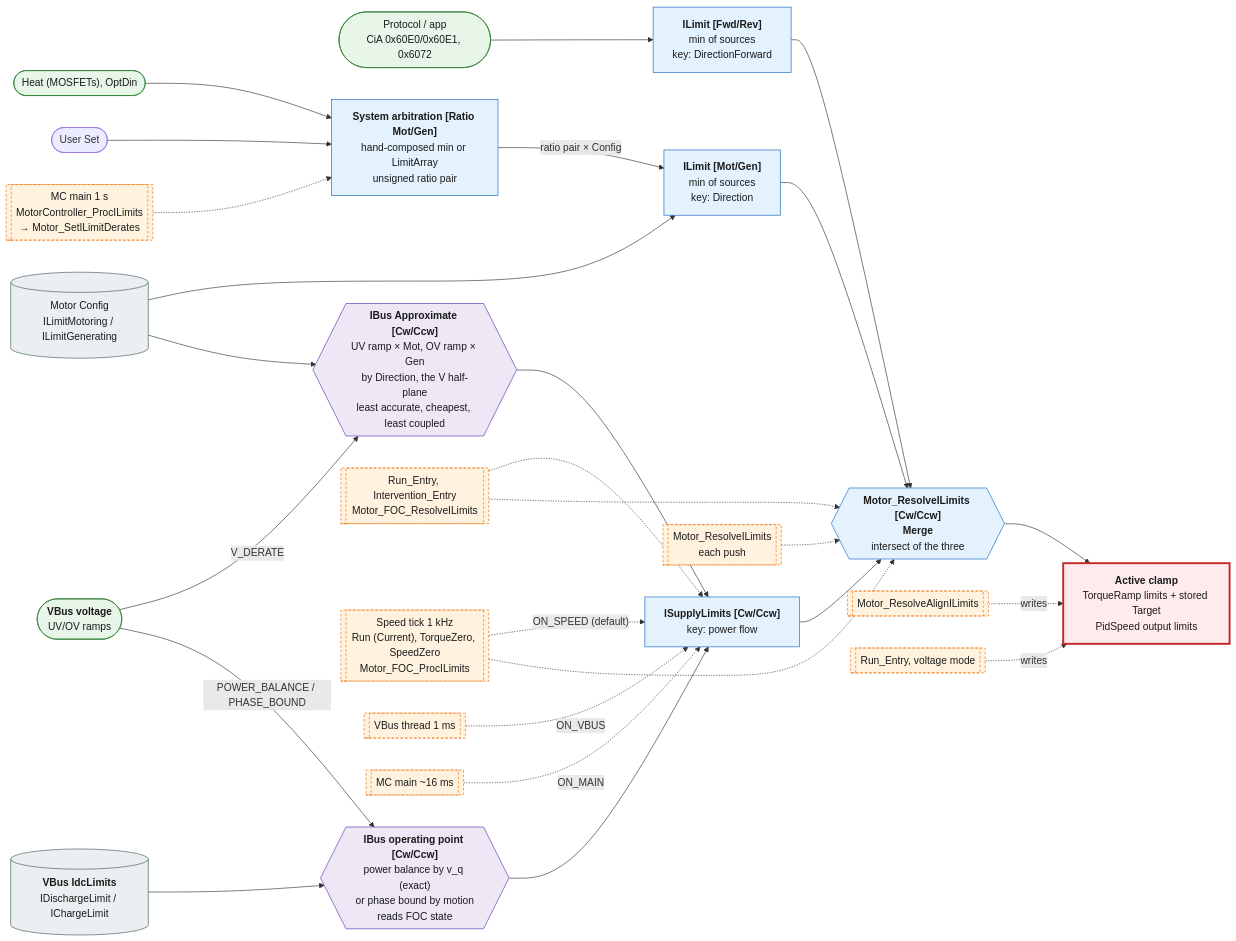
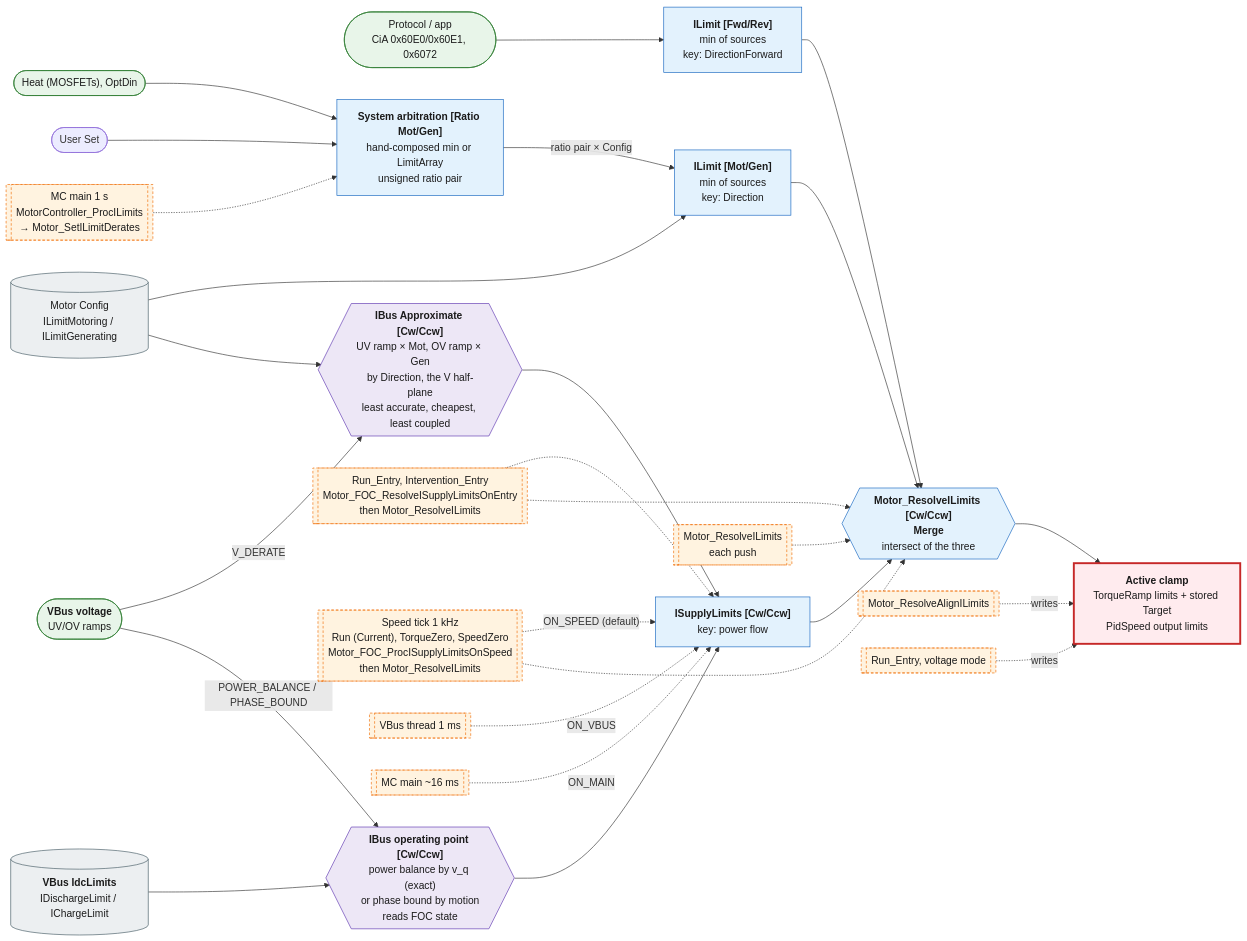
The diagram in Motor/Docs/ILimitsRouting.md (FireSourcery/FireSourcery_Library), drawn with Mermaid before and after one commit. The commit also changed other lines of this file and 31 other files, not shown here.

````diff
--- a/Motor/Docs/ILimitsRouting.md
+++ b/Motor/Docs/ILimitsRouting.md
@@ -3,75 +3,75 @@
 ```mermaid
 flowchart LR
     %% Live limit sources
     SYS(["Heat (MOSFETs), OptDin"])
     USER(["User Set"])
     PRO(["Protocol / app<br/>CiA 0x60E0/0x60E1, 0x6072"])
     VB(["<b>VBus voltage</b><br/>UV/OV ramps"])
 
     %% Stored limits
     CFG[("Motor Config<br/>ILimitMotoring / ILimitGenerating")]
     IDC[("<b>VBus IdcLimits</b><br/>IDischargeLimit / IChargeLimit")]
 
     %% Frame conversions
     PB{{"<b>IBus operating point [Cw/Ccw]</b><br/>power balance by v_q (exact)<br/>or phase bound by motion<br/>reads FOC state"}}
     VD{{"<b>IBus Approximate [Cw/Ccw]</b><br/>UV ramp × Mot, OV ramp × Gen<br/>by Direction, the V half-plane<br/>least accurate, cheapest, least coupled"}}
     GET{{"<b>Motor_ResolveILimits [Cw/Ccw]</b><br/><b>Merge</b><br/>intersect of the three"}}
 
     %% Merge points
     ARB["<b>System arbitration [Ratio Mot/Gen]</b><br/>hand-composed min or LimitArray<br/>unsigned ratio pair"]
     PAIR["<b>ILimit [Mot/Gen]</b><br/>min of sources<br/>key: Direction"]
     DIR["<b>ILimit [Fwd/Rev]</b><br/>min of sources<br/>key: DirectionForward"]
     WIN["<b>ISupplyLimits [Cw/Ccw]</b><br/>key: power flow"]
 
     %% Active clamp
     SLOT["<b>Active clamp</b><br/>TorqueRamp limits + stored Target<br/>PidSpeed output limits"]
 
     %% Limit data flow
     SYS --> ARB
     USER --> ARB
     VB -->|V_DERATE| VD --> WIN
     VB -->|"POWER_BALANCE / PHASE_BOUND"| PB --> WIN
     IDC --> PB
     ARB -->|"ratio pair × Config"| PAIR
     CFG --> PAIR
     CFG --> VD
     PRO --> DIR
     PAIR --> GET
     DIR --> GET
     WIN --> GET
     GET --> SLOT
 
     %% Call sites
     C1S[["MC main 1 s<br/>MotorController_ProcILimits<br/>→ Motor_SetILimitDerates"]]
-    ENT[["Run_Entry, Intervention_Entry<br/>Motor_FOC_ResolveILimits"]]
-    TICK[["Speed tick 1 kHz<br/>Run (Current), TorqueZero, SpeedZero<br/>Motor_FOC_ProcILimits"]]
+    ENT[["Run_Entry, Intervention_Entry<br/>Motor_FOC_ResolveISupplyLimitsOnEntry<br/>then Motor_ResolveILimits"]]
+    TICK[["Speed tick 1 kHz<br/>Run (Current), TorqueZero, SpeedZero<br/>Motor_FOC_ProcISupplyLimitsOnSpeed<br/>then Motor_ResolveILimits"]]
     CVB[["VBus thread 1 ms"]]
     MC10[["MC main ~16 ms"]]
     RES[["Motor_ResolveILimits<br/>each push"]]
     AL[["Motor_ResolveAlignILimits"]]
     VM[["Run_Entry, voltage mode"]]
 
     C1S -.-> ARB
     ENT -.-> WIN
     ENT -.-> GET
     TICK -.->|"ON_SPEED (default)"| WIN
     TICK -.-> GET
     CVB -.->|ON_VBUS| WIN
     MC10 -.->|ON_MAIN| WIN
     RES -.-> GET
     AL -.->|writes| SLOT
     VM -.->|writes| SLOT
 
     classDef source fill:#e8f5e9,stroke:#2e7d32,color:#1b1b1b
     classDef storage fill:#eceff1,stroke:#455a64,color:#1b1b1b
     classDef convert fill:#ede7f6,stroke:#5e35b1,color:#1b1b1b
     classDef merge fill:#e3f2fd,stroke:#1565c0,color:#1b1b1b
     classDef clamp fill:#ffebee,stroke:#c62828,color:#1b1b1b,stroke-width:3px
     classDef callsite fill:#fff3e0,stroke:#ef6c00,color:#1b1b1b,stroke-dasharray:4 3
     class SYS,PRO,VB source
     class CFG,IDC storage
     class PB,VD convert
     class ARB,PAIR,DIR,WIN,GET merge
     class SLOT clamp
     class C1S,ENT,TICK,CVB,MC10,RES,AL,VM callsite
 ```
````
